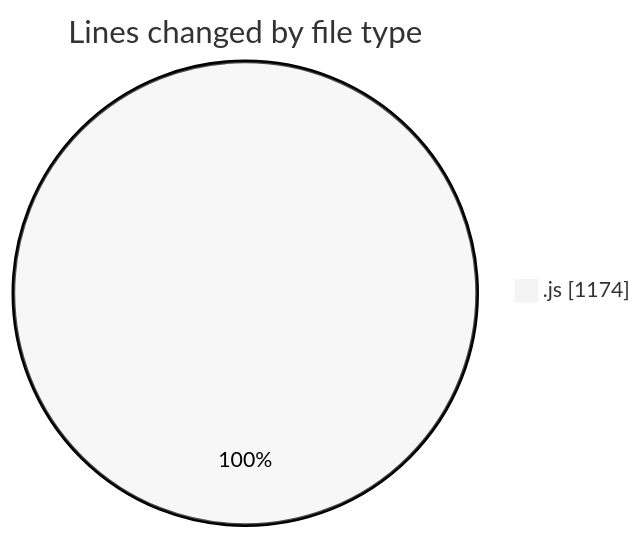
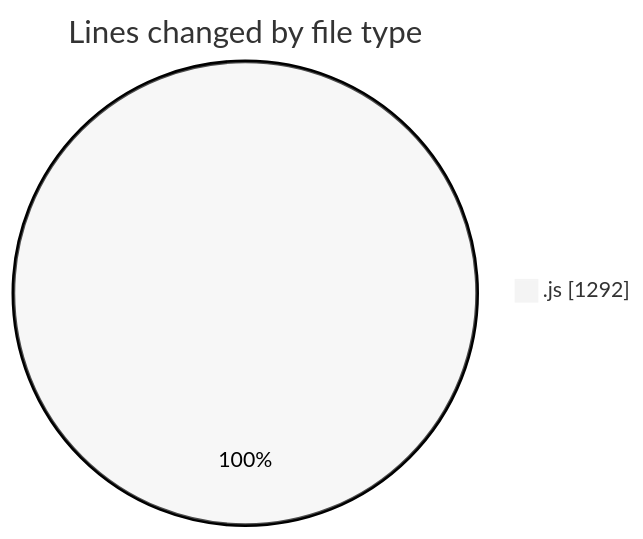
The first of 2 diagrams in 2026-02-04/cda/README.md (momahboobian/code-tracking), drawn with Mermaid (neutral theme) before and after one commit. The commit also changed other lines of this file and 1 other file, not shown here.

````diff
--- a/2026-02-04/cda/README.md
+++ b/2026-02-04/cda/README.md
@@ -20,5 +20,5 @@
 ```mermaid
 pie showData
 title Lines changed by file type
-".js" : 1174
+".js" : 1292
 ```
````
